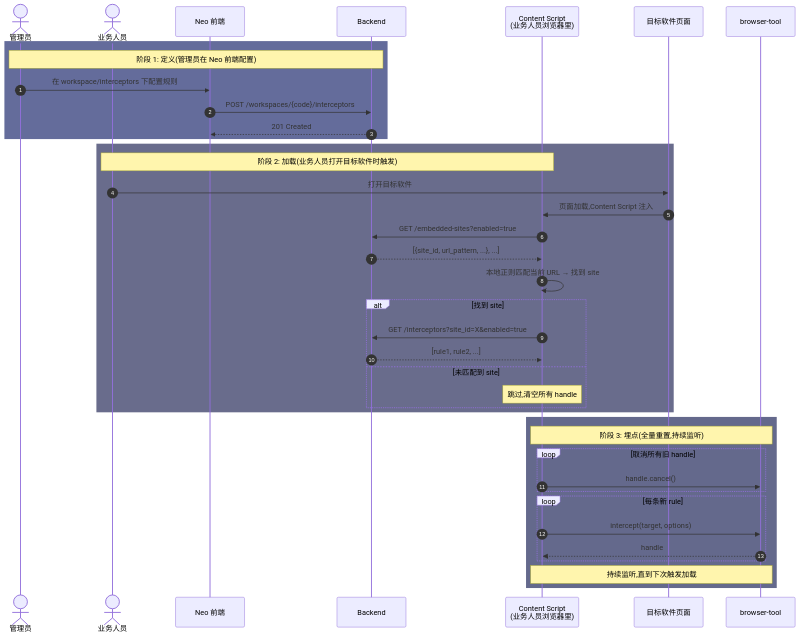
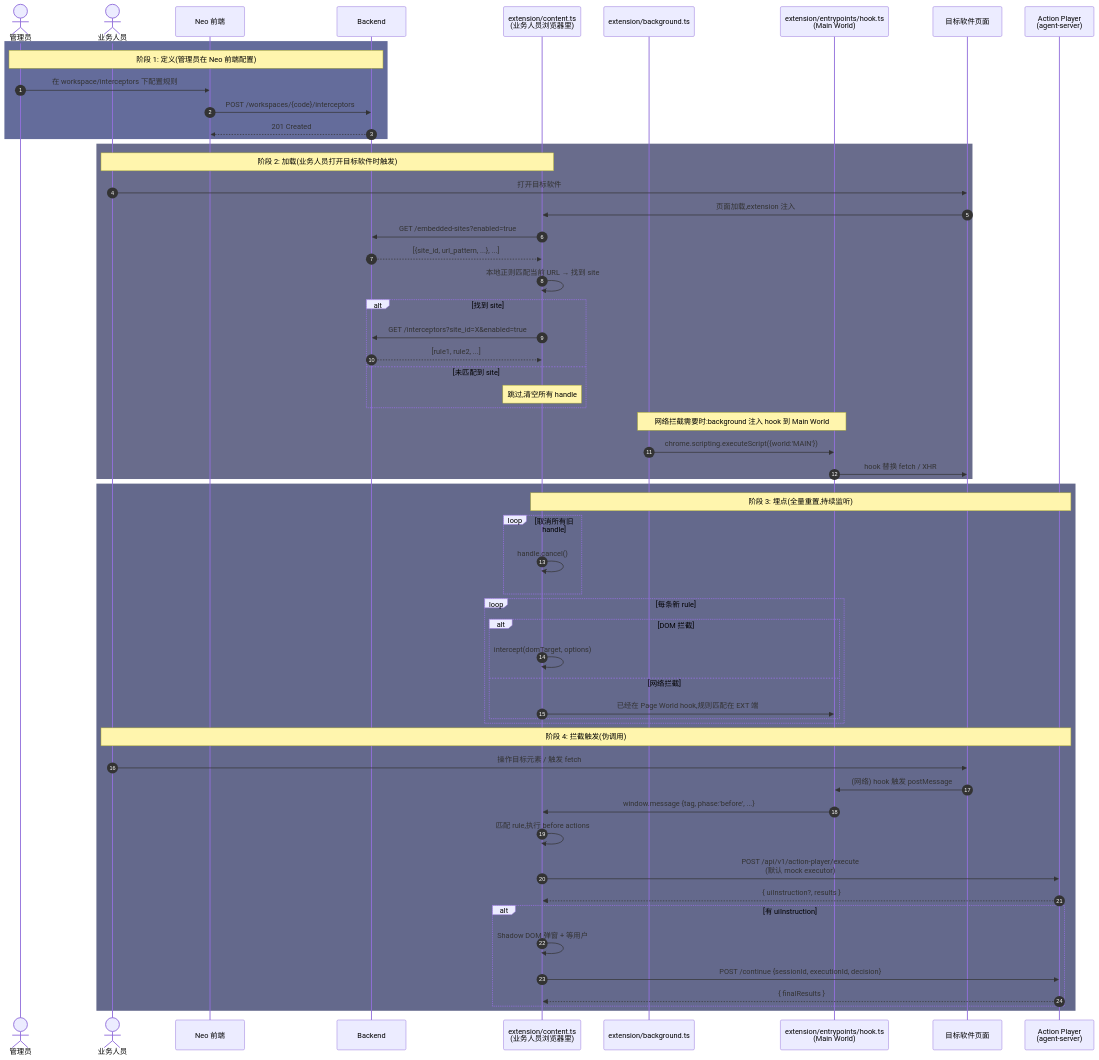
The diagram in neo/design/docs/technical/agent-steer/interceptor.md (zhaoxin34/matrix), drawn with Mermaid before and after one commit. The commit also changed other lines of this file and 1 other file, not shown here.

````diff
--- a/neo/design/docs/technical/agent-steer/interceptor.md
+++ b/neo/design/docs/technical/agent-steer/interceptor.md
@@ -319,45 +169,65 @@
 ```mermaid
 sequenceDiagram
     autonumber
     actor A as 管理员
     actor B as 业务人员
     participant FE as Neo 前端
     participant BE as Backend
-    participant CS as Content Script<br/>(业务人员浏览器里)
+    participant EXT as extension/content.ts<br/>(业务人员浏览器里)
+    participant BG as extension/background.ts
+    participant HK as extension/entrypoints/hook.ts<br/>(Main World)
     participant Page as 目标软件页面
-    participant BT as browser-tool
+    participant AP as Action Player<br/>(agent-server)
 
     rect rgb(100, 108, 155)
     Note over A,BE: 阶段 1: 定义(管理员在 Neo 前端配置)
     A->>FE: 在 workspace/interceptors 下配置规则
     FE->>BE: POST /workspaces/{code}/interceptors
     BE-->>FE: 201 Created
     end
 
     rect rgb(105, 108, 140)
-    Note over B,CS: 阶段 2: 加载(业务人员打开目标软件时触发)
+    Note over B,EXT: 阶段 2: 加载(业务人员打开目标软件时触发)
     B->>Page: 打开目标软件
-    Page->>CS: 页面加载,Content Script 注入
-    CS->>BE: GET /embedded-sites?enabled=true
-    BE-->>CS: [{site_id, url_pattern, ...}, ...]
-    CS->>CS: 本地正则匹配当前 URL → 找到 site
+    Page->>EXT: 页面加载,extension 注入
+    EXT->>BE: GET /embedded-sites?enabled=true
+    BE-->>EXT: [{site_id, url_pattern, ...}, ...]
+    EXT->>EXT: 本地正则匹配当前 URL → 找到 site
     alt 找到 site
-        CS->>BE: GET /interceptors?site_id=X&enabled=true
-        BE-->>CS: [rule1, rule2, ...]
+        EXT->>BE: GET /interceptors?site_id=X&enabled=true
+        BE-->>EXT: [rule1, rule2, ...]
     else 未匹配到 site
-        Note over CS: 跳过,清空所有 handle
+        Note over EXT: 跳过,清空所有 handle
     end
+    Note over BG,HK: 网络拦截需要时:background 注入 hook 到 Main World
+    BG->>HK: chrome.scripting.executeScript({world:'MAIN'})
+    HK->>Page: hook 替换 fetch / XHR
     end
 
     rect rgb(100, 105, 140)
-    Note over CS,BT: 阶段 3: 埋点(全量重置,持续监听)
+    Note over EXT,AP: 阶段 3: 埋点(全量重置,持续监听)
     loop 取消所有旧 handle
-        CS->>BT: handle.cancel()
+        EXT->>EXT: handle.cancel()
     end
     loop 每条新 rule
-        CS->>BT: intercept(target, options)
-        BT-->>CS: handle
+        alt DOM 拦截
+            EXT->>EXT: intercept(domTarget, options)
+        else 网络拦截
+            EXT->>HK: 已经在 Page World hook,规则匹配在 EXT 端
+        end
     end
-    Note over CS,BT: 持续监听,直到下次触发加载
+
+    Note over B,AP: 阶段 4: 拦截触发(伪调用)
+    B->>Page: 操作目标元素 / 触发 fetch
+    Page->>HK: (网络) hook 触发 postMessage
+    HK->>EXT: window.message {tag, phase:'before', ...}
+    EXT->>EXT: 匹配 rule,执行 before actions
+    EXT->>AP: POST /api/v1/action-player/execute<br/>(默认 mock executor)
+    AP-->>EXT: { uiInstruction?, results }
+    alt 有 uiInstruction
+        EXT->>EXT: Shadow DOM 弹窗 + 等用户
+        EXT->>AP: POST /continue {sessionId, executionId, decision}
+        AP-->>EXT: { finalResults }
+    end
     end
 ```
````
